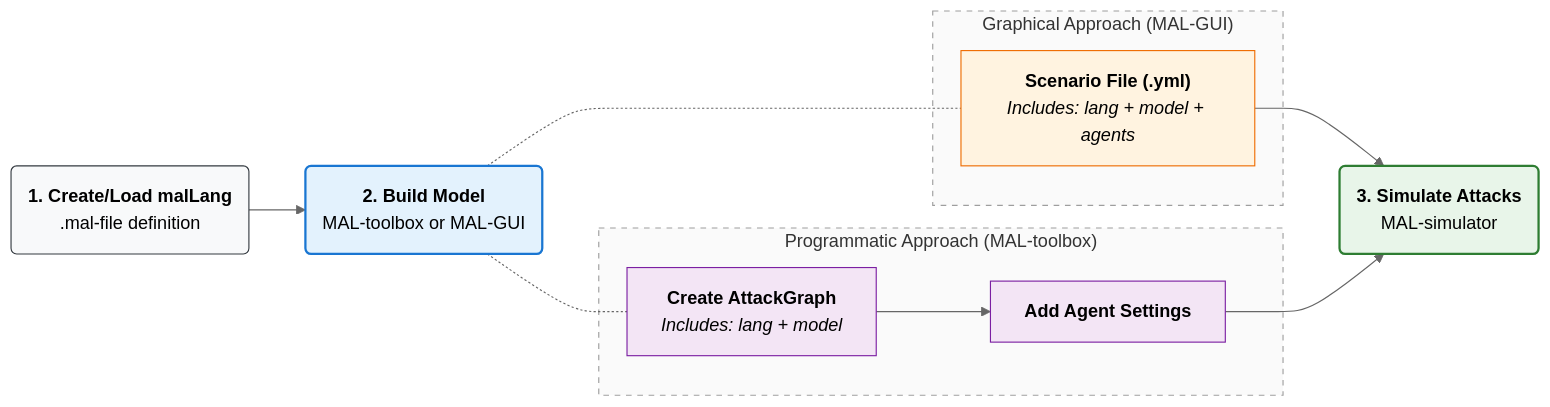
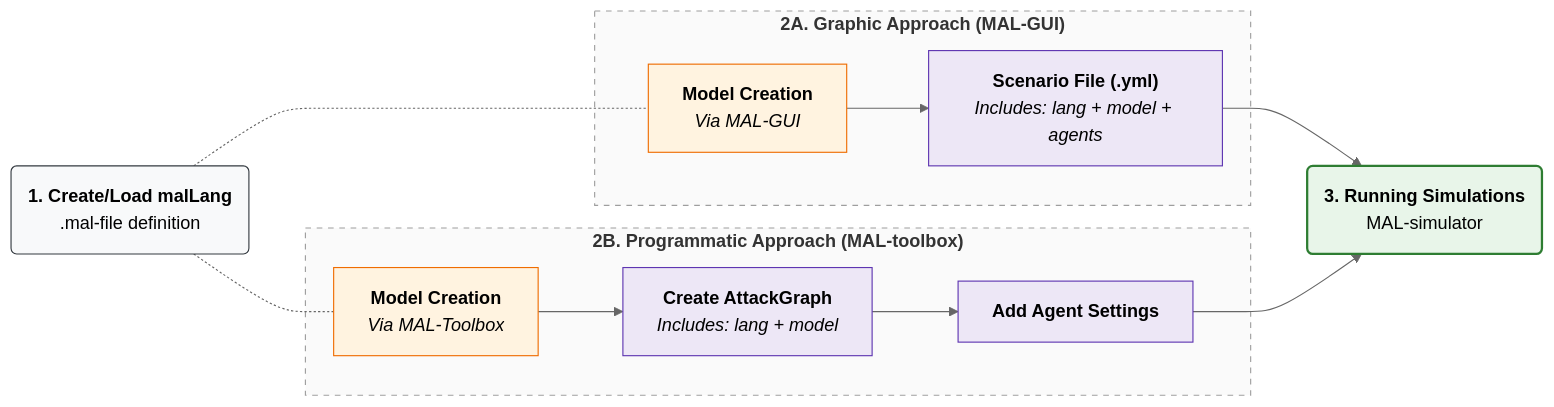
One commit to mal-lang/.github changed the diagram in profile/README.md. Above: the diagram before and after it, drawn with Mermaid (neutral theme).

Commit message:
Update flowchart steps and aesthetics in README

````diff
--- a/profile/README.md
+++ b/profile/README.md
@@ -33,40 +33,41 @@
 ```mermaid
 
 graph LR
     %% Main nodes
     Step1(<b>1. Create/Load malLang</b><br/>.mal-file definition)
-    Step2(<b>2. Build Model</b><br/>MAL-toolbox or MAL-GUI)
-    Step3(<b>3. Simulate Attacks</b><br/>MAL-simulator)
+    Step3(<b>3. Running Simulations</b><br/>MAL-simulator)
 
-    %% Initial flow
-    Step1 --> Step2
-
-    %% PATH 1: Scenario File (Connected by a dotted line)
-    Step2 -.- Path1
-    subgraph Graphic_Approach ["Graphical Approach (MAL-GUI)"]
-        Path1["<b>Scenario File (.yml)</b><br/><i>Includes: lang + model + agents</i>"]
+    %% PATH A: Graphical path (Connected by a dotted line)
+    Step1 -.- Path2_A
+    subgraph Graphic_Approach ["<b>2A. Graphic Approach (MAL-GUI)</b>"]
+        Path2_A["<b>Model Creation</b><br/><i>Via MAL-GUI</i>"]
+        Path3_A["<b>Scenario File (.yml)</b><br/><i>Includes: lang + model + agents</i>"]
+        Path2_A --> Path3_A
     end
 
-    %% PATH 2: Programmatic (Connected by a dotted line)
-    Step2 -.- Path2_A
+    %% PATH B: Programmatic path (Connected by a dotted line)
+    Step1 -.- Path2_B
     
-    subgraph Programmatic_Flow ["Programmatic Approach (MAL-toolbox)"]
-        Path2_A["<b>Create AttackGraph</b><br/><i>Includes: lang + model</i>"]
-        Path2_B["<b>Add Agent Settings</b>"]
-        Path2_A --> Path2_B
+    subgraph Programmatic_Flow ["<b>2B. Programmatic Approach (MAL-toolbox)</b>"]
+        Path2_B["<b>Model Creation</b><br/><i>Via MAL-Toolbox</i>"]
+        Path3_B["<b>Create AttackGraph</b><br/><i>Includes: lang + model</i>"]
+        Path4_B["<b>Add Agent Settings</b>"]
+        Path2_B --> Path3_B --> Path4_B
     end
 
-    Path1 --> Step3
-    Path2_B --> Step3
+    Path3_A--> Step3
+    Path4_B --> Step3
 
     %% Aesthetics and Colours
     style Step1 fill:#f8f9fa,stroke:#343a40
-    style Step2 fill:#e3f2fd,stroke:#1976d2,stroke-width:2px
     style Step3 fill:#e8f5e9,stroke:#2e7d32,stroke-width:2px
     
-    style Path1 fill:#fff3e0,stroke:#ef6c00
-    style Path2_A fill:#f3e5f5,stroke:#7b1fa2
-    style Path2_B fill:#f3e5f5,stroke:#7b1fa2
+    style Path2_A fill:#fff3e0,stroke:#ef6c00
+    style Path2_B fill:#fff3e0,stroke:#ef6c00
+    style Path3_A fill:#ede7f6,stroke:#5e35b1
+    style Path3_B fill:#ede7f6,stroke:#5e35b1
+    style Path4_B fill:#ede7f6,stroke:#5e35b1
+    
     style Programmatic_Flow fill:#fafafa,stroke:#9e9e9e,stroke-dasharray: 5 5
     style Graphic_Approach fill:#fafafa,stroke:#9e9e9e,stroke-dasharray: 5 5
 ```
````
